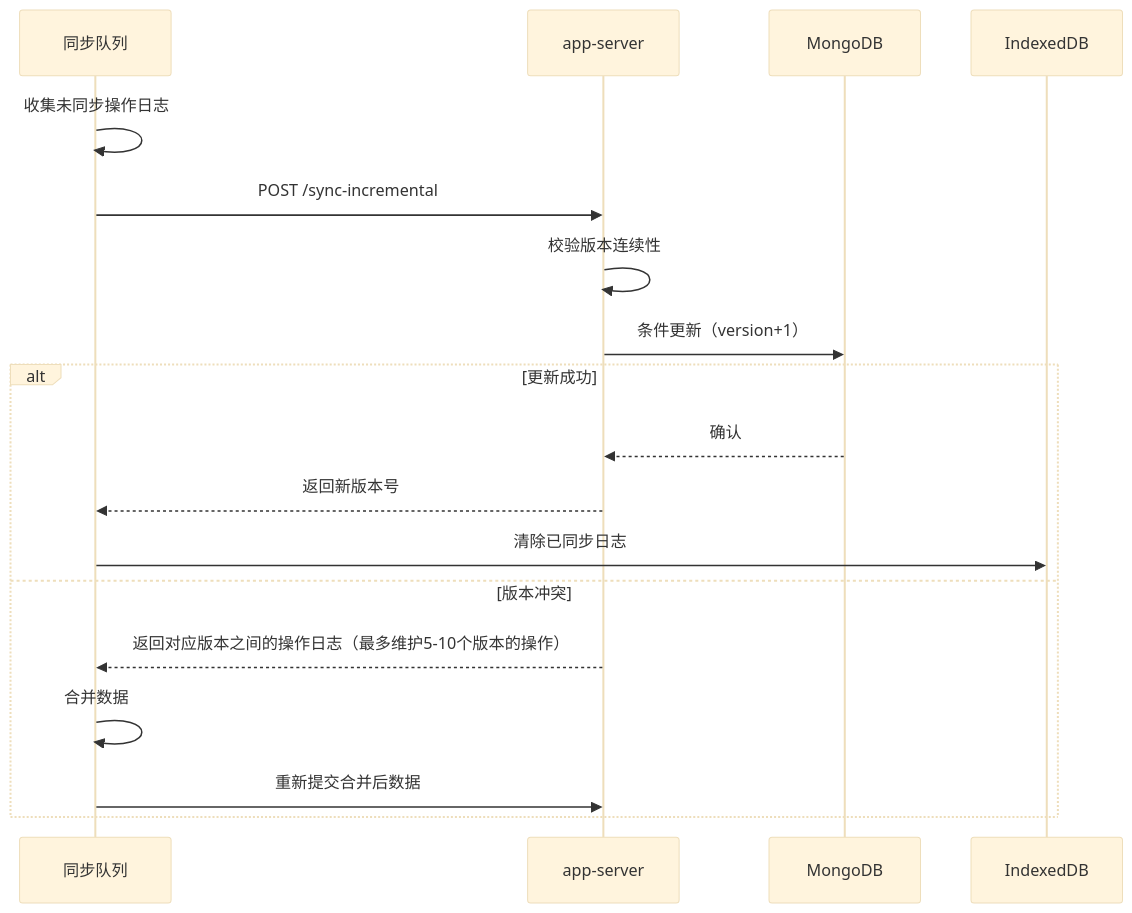
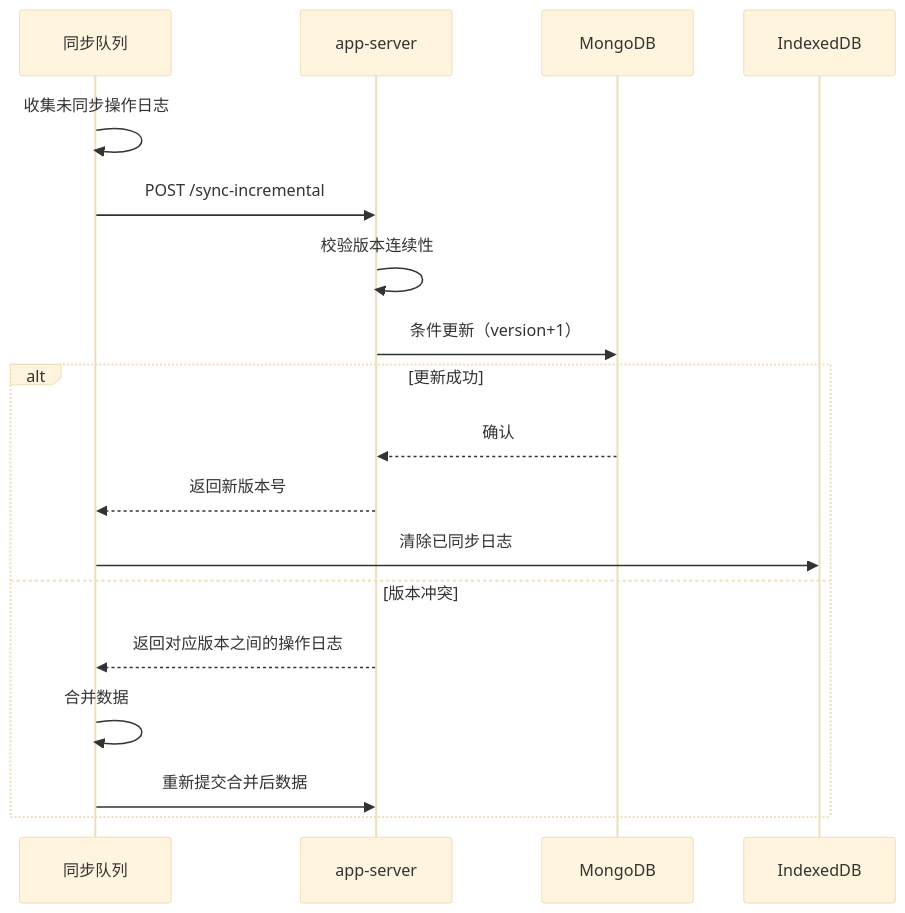
The diagram in all/未命名-24.md (yingjianzh/iodraw-files), drawn with Mermaid (base theme) before and after one commit.

Commit message:
2025-02-24 10:50:55 update

````diff
--- a/all/未命名-24.md
+++ b/all/未命名-24.md
@@ -1,23 +1,23 @@
 ```mermaid
 
 sequenceDiagram
     participant 同步队列
     participant app-server
     participant MongoDB
 
 
     同步队列->>同步队列: 收集未同步操作日志
     同步队列->>app-server: POST /sync-incremental
     app-server->>app-server: 校验版本连续性
     app-server->>MongoDB: 条件更新（version+1）
     alt 更新成功
         MongoDB-->>app-server: 确认
         app-server-->>同步队列: 返回新版本号
         同步队列->>IndexedDB: 清除已同步日志
     else 版本冲突
-        app-server-->>同步队列: 返回对应版本之间的操作日志（最多维护5-10个版本的操作）
+        app-server-->>同步队列: 返回对应版本之间的操作日志
         同步队列->>同步队列: 合并数据
         同步队列->>app-server: 重新提交合并后数据
     end
 
 ```
````
